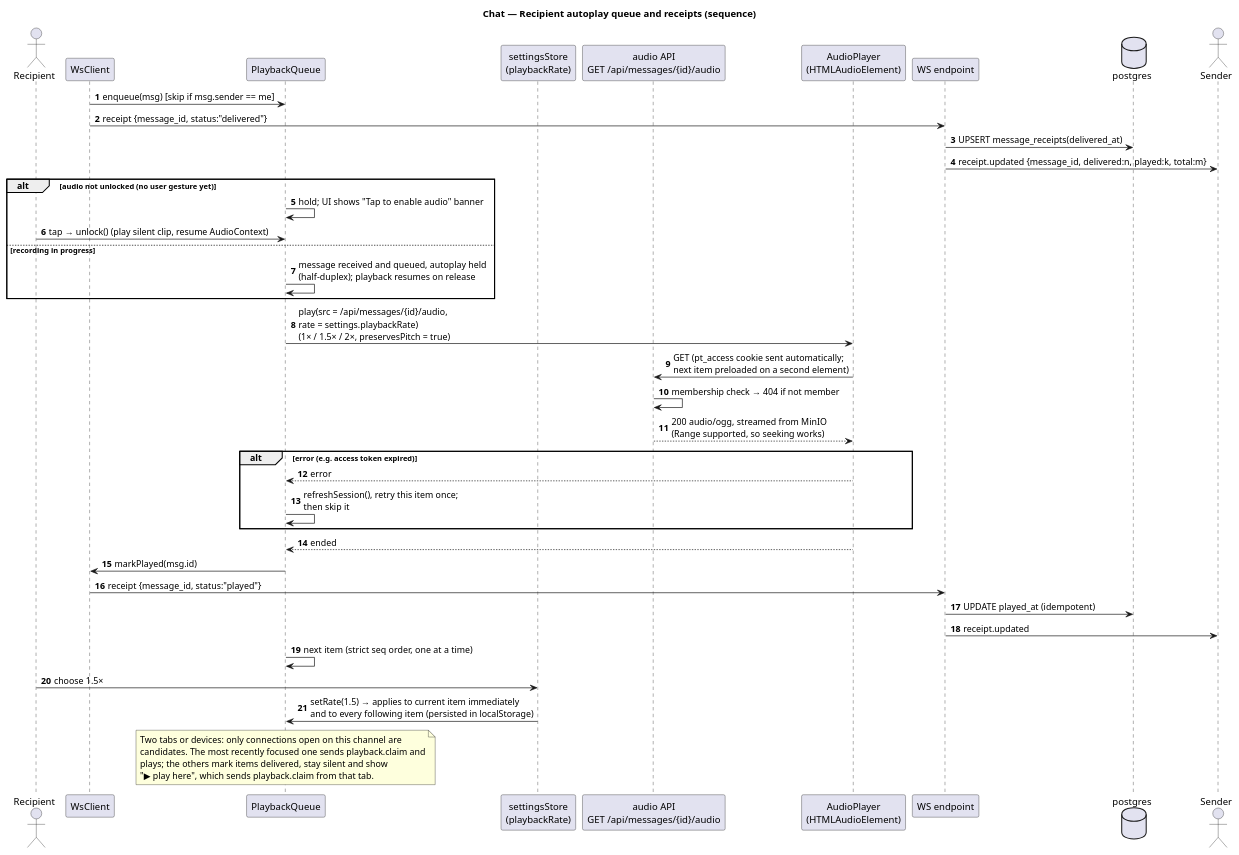
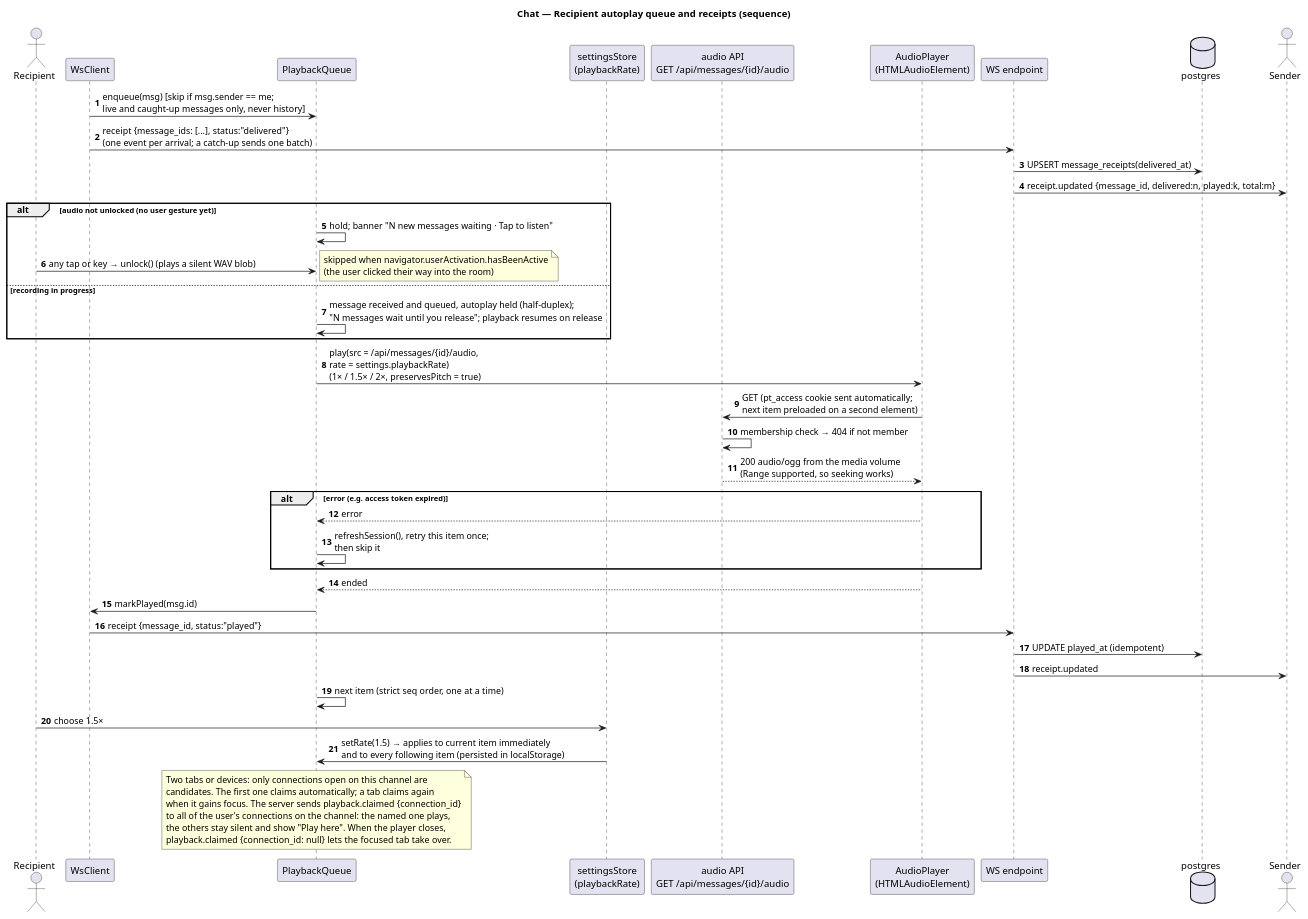
The third of 7 diagrams in specs/chat/uml-diagrams.puml (Salma-Mahmoudd/pushtalk), drawn with PlantUML before and after one commit. The commit also changed other lines of this file and 21 other files, not shown here.

First line of the commit message:
docs(specs): align plans and diagrams with what was built

```diff
--- a/specs/chat/uml-diagrams.puml
+++ b/specs/chat/uml-diagrams.puml
@@ -144,54 +145,57 @@
 @startuml uml-diagrams-playback-receipts
 title Chat — Recipient autoplay queue and receipts (sequence)
 
 skinparam shadowing false
 skinparam defaultFontName Helvetica
 autonumber
 
 actor Recipient
 participant "WsClient" as ws
 participant "PlaybackQueue" as pq
 participant "settingsStore\n(playbackRate)" as settings
 participant "audio API\nGET /api/messages/{id}/audio" as api
 participant "AudioPlayer\n(HTMLAudioElement)" as player
 participant "WS endpoint" as ep
 database postgres as db
 actor Sender
 
-ws -> pq : enqueue(msg) [skip if msg.sender == me]
-ws -> ep : receipt {message_id, status:"delivered"}
+ws -> pq : enqueue(msg) [skip if msg.sender == me;\nlive and caught-up messages only, never history]
+ws -> ep : receipt {message_ids: [...], status:"delivered"}\n(one event per arrival; a catch-up sends one batch)
 ep -> db : UPSERT message_receipts(delivered_at)
 ep -> Sender : receipt.updated {message_id, delivered:n, played:k, total:m}
 
 alt audio not unlocked (no user gesture yet)
-  pq -> pq : hold; UI shows "Tap to enable audio" banner
-  Recipient -> pq : tap → unlock() (play silent clip, resume AudioContext)
+  pq -> pq : hold; banner "N new messages waiting · Tap to listen"
+  Recipient -> pq : any tap or key → unlock() (plays a silent WAV blob)
+  note right : skipped when navigator.userActivation.hasBeenActive\n(the user clicked their way into the room)
 else recording in progress
-  pq -> pq : message received and queued, autoplay held\n(half-duplex); playback resumes on release
+  pq -> pq : message received and queued, autoplay held (half-duplex);\n"N messages wait until you release"; playback resumes on release
 end
 
 pq -> player : play(src = /api/messages/{id}/audio,\nrate = settings.playbackRate)\n(1× / 1.5× / 2×, preservesPitch = true)
 player -> api : GET (pt_access cookie sent automatically;\nnext item preloaded on a second element)
 api -> api : membership check → 404 if not member
-api --> player : 200 audio/ogg, streamed from MinIO\n(Range supported, so seeking works)
+api --> player : 200 audio/ogg from the media volume\n(Range supported, so seeking works)
 alt error (e.g. access token expired)
   player --> pq : error
   pq -> pq : refreshSession(), retry this item once;\nthen skip it
 end
 player --> pq : ended
 pq -> ws : markPlayed(msg.id)
 ws -> ep : receipt {message_id, status:"played"}
 ep -> db : UPDATE played_at (idempotent)
 ep -> Sender : receipt.updated
 pq -> pq : next item (strict seq order, one at a time)
 
 Recipient -> settings : choose 1.5×
 settings -> pq : setRate(1.5) → applies to current item immediately\nand to every following item (persisted in localStorage)
 
 note over pq
   Two tabs or devices: only connections open on this channel are
-  candidates. The most recently focused one sends playback.claim and
-  plays; the others mark items delivered, stay silent and show
-  "▶ play here", which sends playback.claim from that tab.
+  candidates. The first one claims automatically; a tab claims again
+  when it gains focus. The server sends playback.claimed {connection_id}
+  to all of the user's connections on the channel: the named one plays,
+  the others stay silent and show "Play here". When the player closes,
+  playback.claimed {connection_id: null} lets the focused tab take over.
 end note
 @enduml
```
